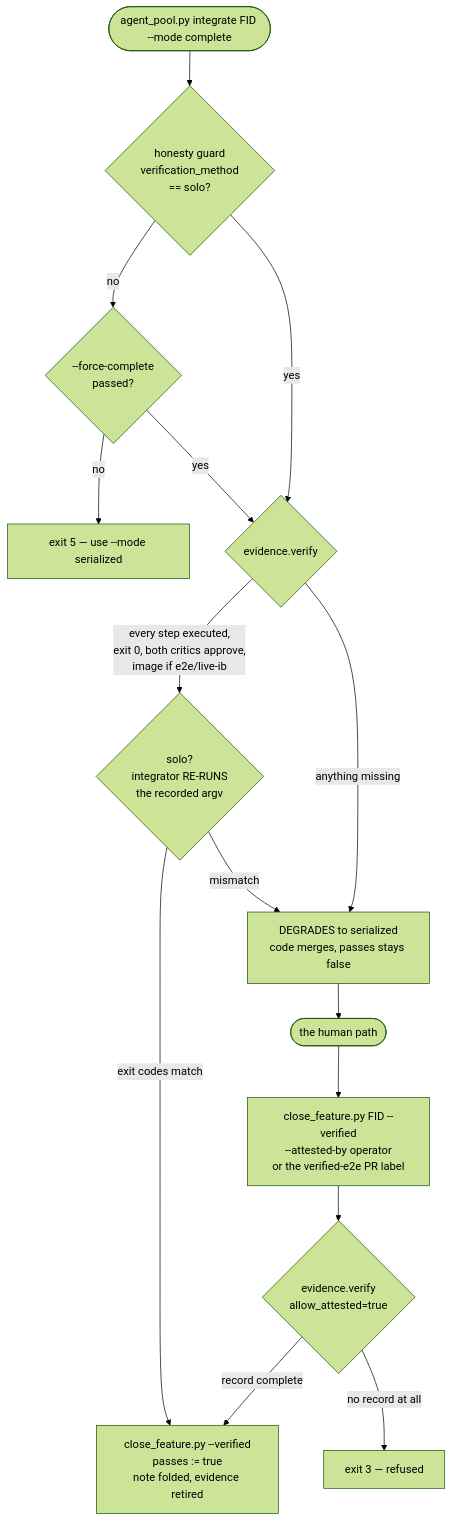
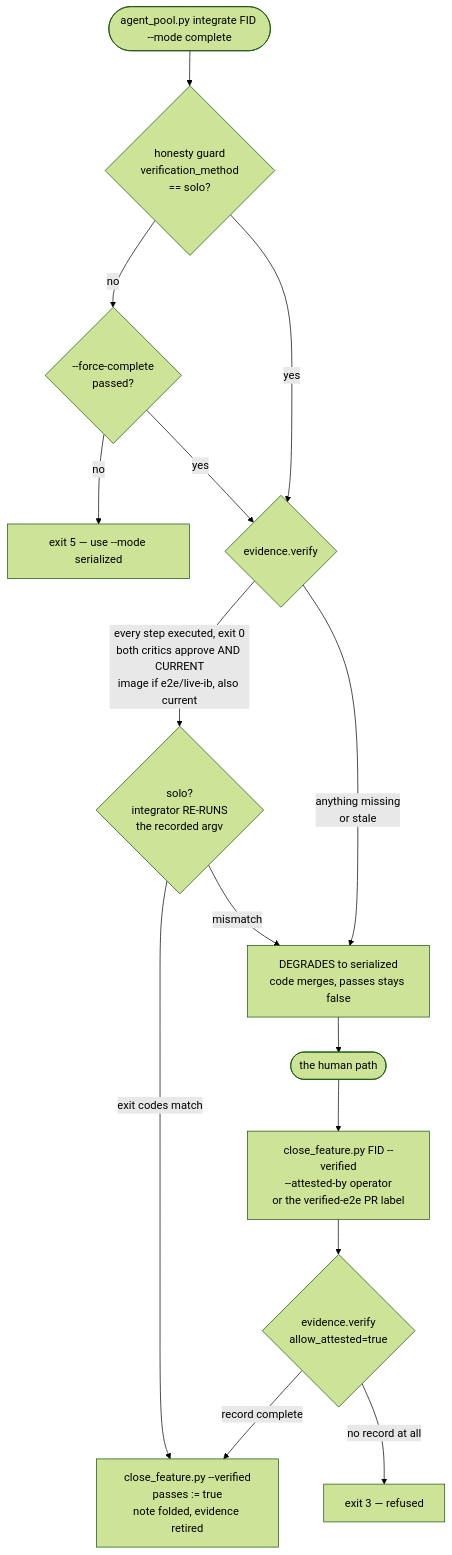
One commit to JoshGenao/alphalabs changed the second of 4 diagrams in docs/harness-map.md. Above: the diagram before and after it, drawn with Mermaid (forest theme). The commit also changed other lines of this file, not shown here.

````diff
--- a/docs/harness-map.md
+++ b/docs/harness-map.md
@@ -60,21 +73,21 @@
 ```mermaid
 flowchart TD
     INT(["agent_pool.py integrate FID --mode complete"]) --> HON{"honesty guard<br/>verification_method<br/>== solo?"}
 
     HON -->|"no"| FORCE{"--force-complete<br/>passed?"}
     FORCE -->|"no"| EX5["exit 5 — use --mode serialized"]
     FORCE -->|"yes"| EV
     HON -->|"yes"| EV{"evidence.verify"}
 
-    EV -->|"every step executed,<br/>exit 0, both critics approve,<br/>image if e2e/live-ib"| REEX{"solo?<br/>integrator RE-RUNS<br/>the recorded argv"}
-    EV -->|"anything missing"| DEGRADE["DEGRADES to serialized<br/>code merges, passes stays false"]
+    EV -->|"every step executed, exit 0<br/>both critics approve AND CURRENT<br/>image if e2e/live-ib, also current"| REEX{"solo?<br/>integrator RE-RUNS<br/>the recorded argv"}
+    EV -->|"anything missing<br/>or stale"| DEGRADE["DEGRADES to serialized<br/>code merges, passes stays false"]
 
     REEX -->|"exit codes match"| CLOSE["close_feature.py --verified<br/>passes := true<br/>note folded, evidence retired"]
     REEX -->|"mismatch"| DEGRADE
 
     DEGRADE --> HUMAN(["the human path"])
     HUMAN --> ATT["close_feature.py FID --verified<br/>--attested-by operator<br/>or the verified-e2e PR label"]
     ATT --> ATTEV{"evidence.verify<br/>allow_attested=true"}
     ATTEV -->|"record complete"| CLOSE
     ATTEV -->|"no record at all"| REFUSE["exit 3 — refused"]
 ```
````
